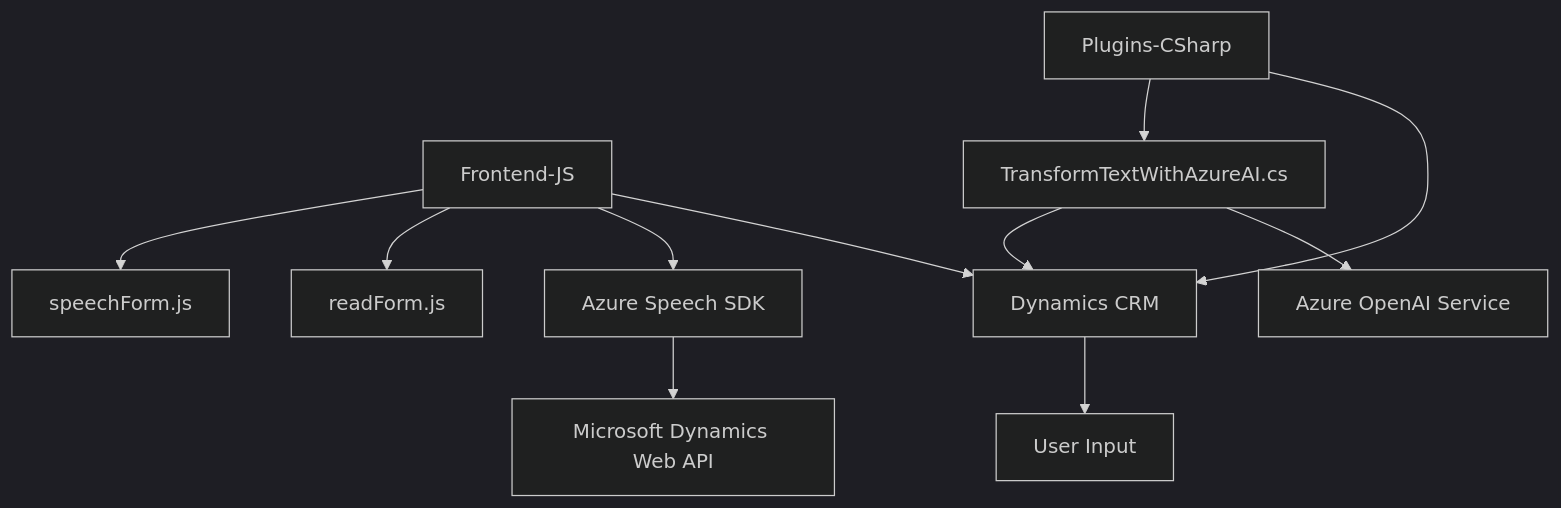
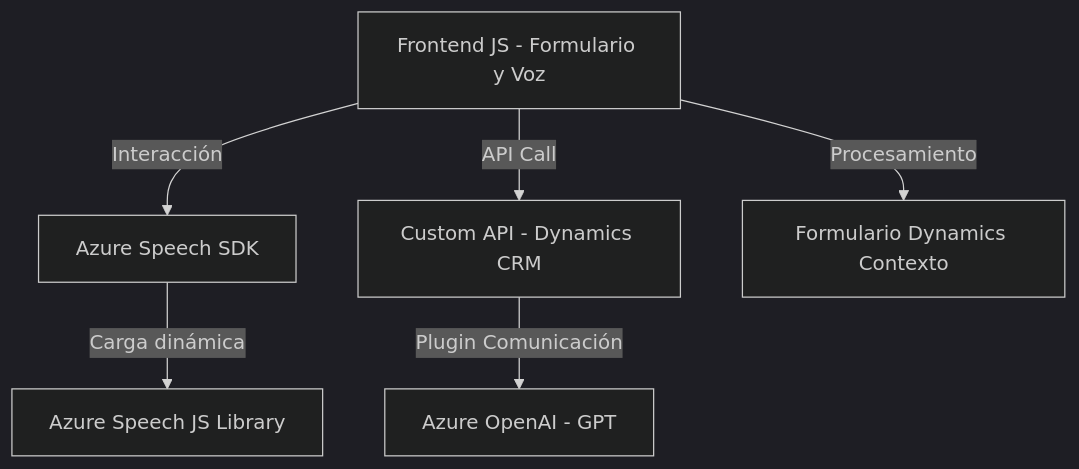
The diagram in README.md (blopezdm/NETCORE_BILBAO2025), drawn with Mermaid (dark theme) before and after one commit. The commit also changed other lines of this file, not shown here.

````diff
--- a/README.md
+++ b/README.md
@@ -43,15 +45,8 @@
 ```mermaid
 graph TD
-    A["Frontend-JS"] --> B["speechForm.js"]
-    A --> C["readForm.js"]
-    A --> D["Azure Speech SDK"]
-    D --> E["Microsoft Dynamics Web API"]
-    
-    F["Plugins-CSharp"] --> G["TransformTextWithAzureAI.cs"]
-    G --> H["Dynamics CRM"]
-    G --> I["Azure OpenAI Service"]
-    H --> J["User Input"]
-
-    A --> H
-    F --> H
+    A["Frontend JS - Formulario y Voz"] -->|Interacción| B["Azure Speech SDK"]
+    A -->|API Call| C["Custom API - Dynamics CRM"]
+    C -->|Plugin Comunicación| D["Azure OpenAI - GPT"]
+    B -->|Carga dinámica| E["Azure Speech JS Library"]
+    A -->|Procesamiento| F["Formulario Dynamics Contexto"]
 ```
````
